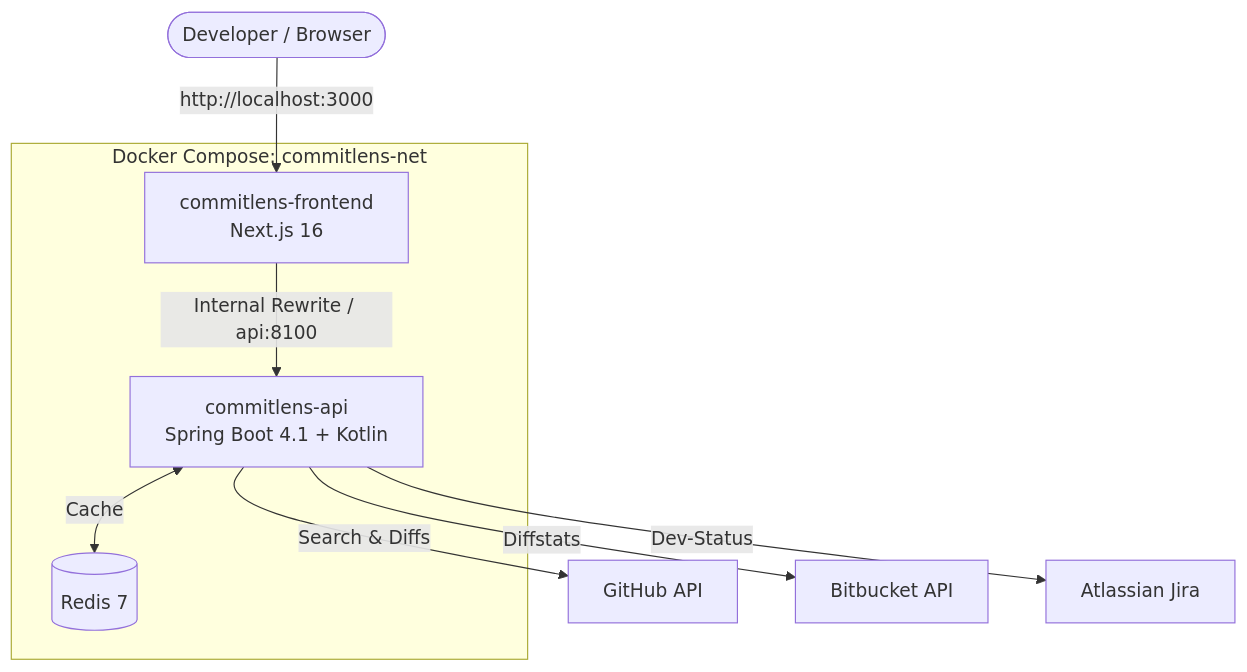
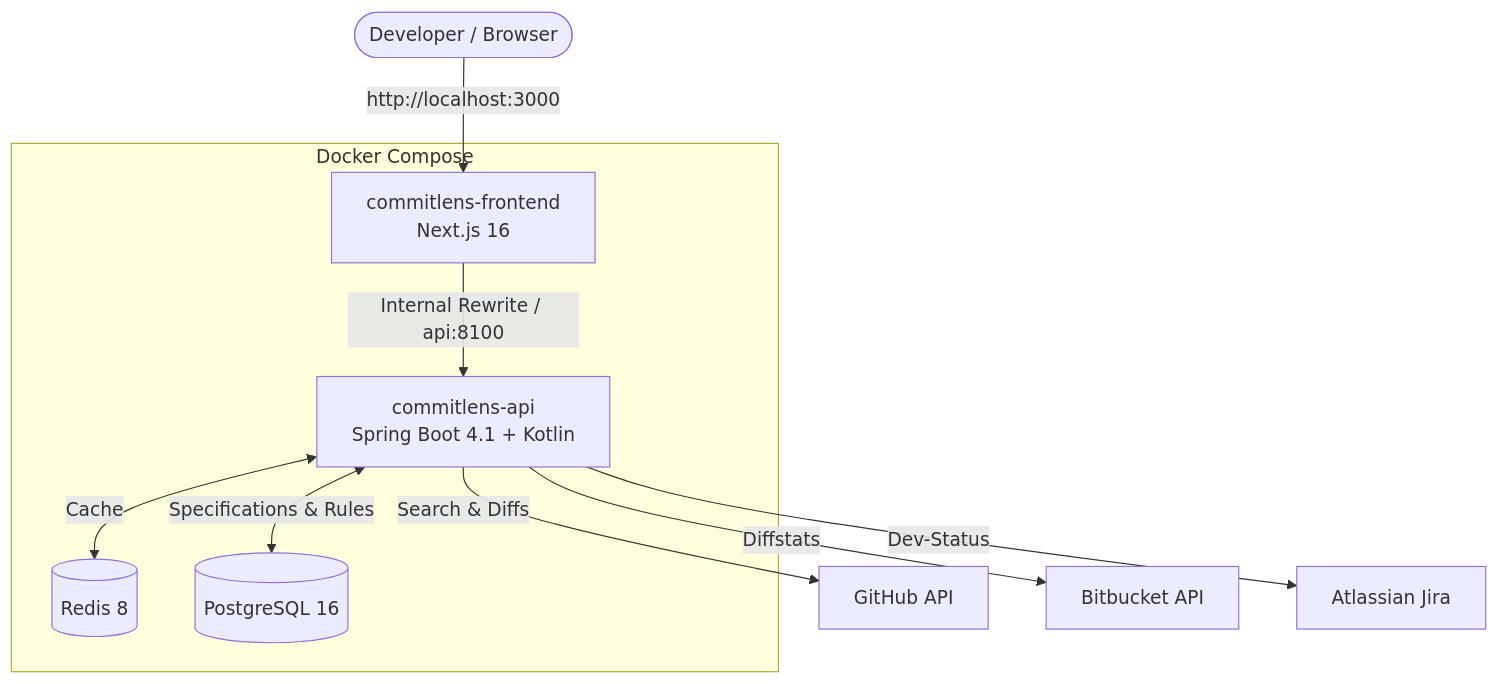
Before and after one commit to demirhany/commit-lens: the diagram in README.md, drawn with Mermaid. The commit also changed other lines of this file, not shown here.

````diff
--- a/README.md
+++ b/README.md
@@ -5,13 +5,14 @@
 ```mermaid
 flowchart TD
     User([Developer / Browser]) -->|http://localhost:3000| Frontend[commitlens-frontend<br/>Next.js 16]
 
-    subgraph DockerNetwork [Docker Compose: commitlens-net]
+    subgraph DockerNetwork [Docker Compose]
         Frontend -->|Internal Rewrite / api:8100| API[commitlens-api<br/>Spring Boot 4.1 + Kotlin]
-        API <-->|Cache| Redis[(Redis 7)]
+        API <-->|Cache| Redis[(Redis 8)]
+        API <-->|Specifications & Rules| Postgres[(PostgreSQL 16)]
     end
 
     API -->|Search & Diffs| GitHub[GitHub API]
     API -->|Diffstats| Bitbucket[Bitbucket API]
     API -->|Dev-Status| Jira[Atlassian Jira]
 ```
````
